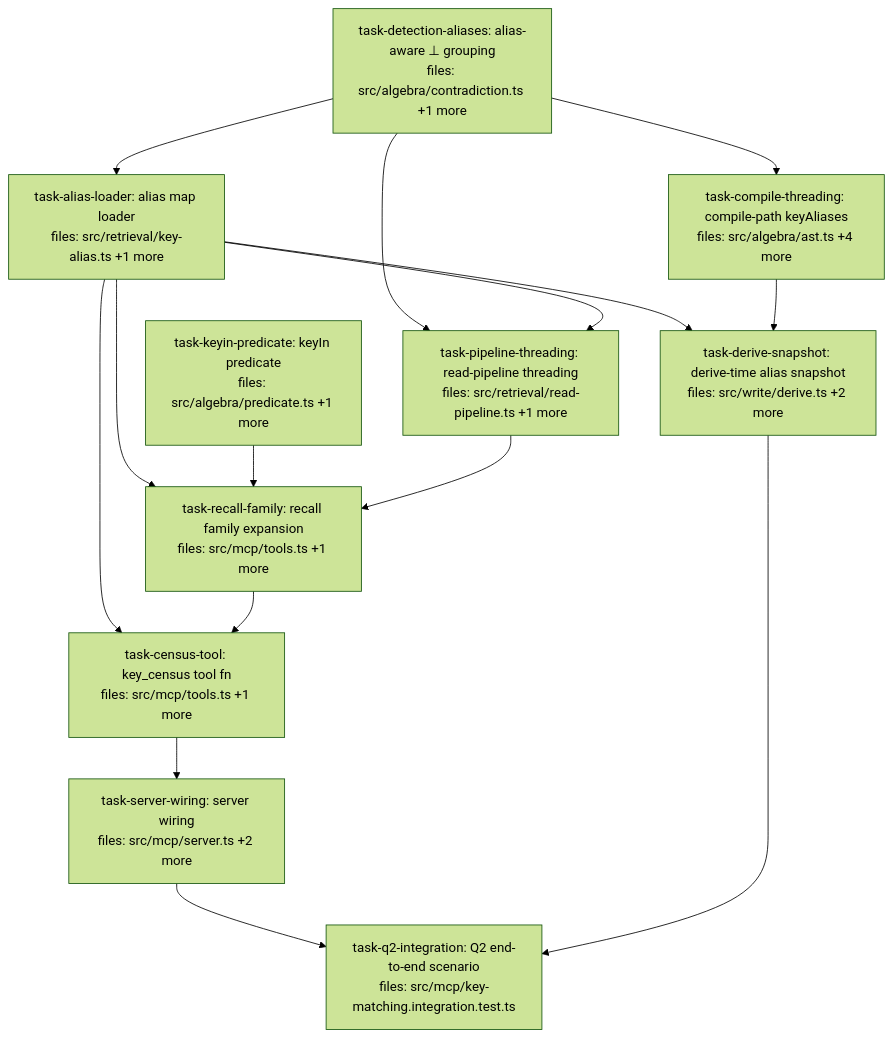
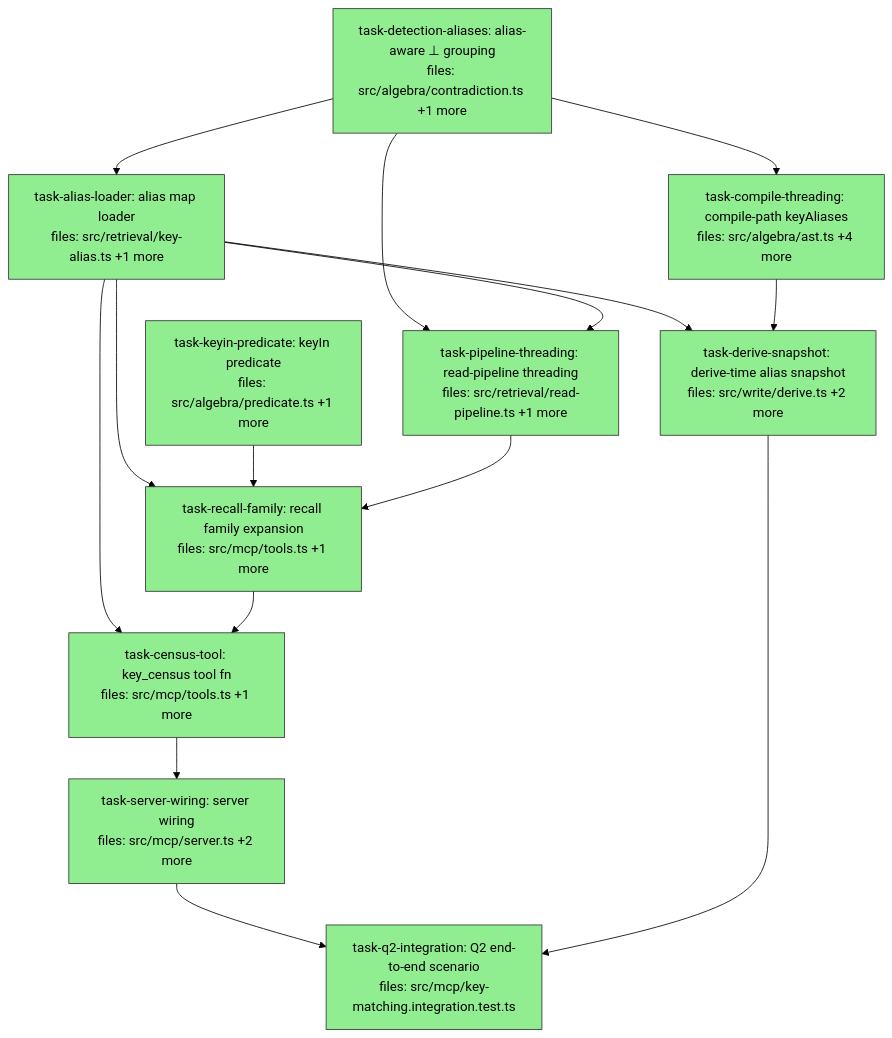
One commit to BrettNye/Mneme changed the diagram in docs/superpowers/plans/2026-06-06-key-matching-dag.md. Above: the diagram before and after it, drawn with Mermaid (forest theme). The commit also changed other lines of this file, not shown here.

Commit message:
docs(plan): key-matching DAG complete (10/10)

````diff
--- a/docs/superpowers/plans/2026-06-06-key-matching-dag.md
+++ b/docs/superpowers/plans/2026-06-06-key-matching-dag.md
@@ -6,34 +6,34 @@
 ```mermaid
 flowchart TD
-    task-keyin-predicate["task-keyin-predicate: keyIn predicate<br/>files: src/algebra/predicate.ts +1 more"]
-    task-detection-aliases["task-detection-aliases: alias-aware ⊥ grouping<br/>files: src/algebra/contradiction.ts +1 more"]
-    task-alias-loader["task-alias-loader: alias map loader<br/>files: src/retrieval/key-alias.ts +1 more"]
-    task-pipeline-threading["task-pipeline-threading: read-pipeline threading<br/>files: src/retrieval/read-pipeline.ts +1 more"]
-    task-compile-threading["task-compile-threading: compile-path keyAliases<br/>files: src/algebra/ast.ts +4 more"]
-    task-derive-snapshot["task-derive-snapshot: derive-time alias snapshot<br/>files: src/write/derive.ts +2 more"]
-    task-recall-family["task-recall-family: recall family expansion<br/>files: src/mcp/tools.ts +1 more"]
-    task-census-tool["task-census-tool: key_census tool fn<br/>files: src/mcp/tools.ts +1 more"]
-    task-server-wiring["task-server-wiring: server wiring<br/>files: src/mcp/server.ts +2 more"]
-    task-q2-integration["task-q2-integration: Q2 end-to-end scenario<br/>files: src/mcp/key-matching.integration.test.ts"]
+    task-keyin-predicate["task-keyin-predicate: keyIn predicate<br/>files: src/algebra/predicate.ts +1 more"]:::done
+    task-detection-aliases["task-detection-aliases: alias-aware ⊥ grouping<br/>files: src/algebra/contradiction.ts +1 more"]:::done
+    task-alias-loader["task-alias-loader: alias map loader<br/>files: src/retrieval/key-alias.ts +1 more"]:::done
+    task-pipeline-threading["task-pipeline-threading: read-pipeline threading<br/>files: src/retrieval/read-pipeline.ts +1 more"]:::done
+    task-compile-threading["task-compile-threading: compile-path keyAliases<br/>files: src/algebra/ast.ts +4 more"]:::done
+    task-derive-snapshot["task-derive-snapshot: derive-time alias snapshot<br/>files: src/write/derive.ts +2 more"]:::done
+    task-recall-family["task-recall-family: recall family expansion<br/>files: src/mcp/tools.ts +1 more"]:::done
+    task-census-tool["task-census-tool: key_census tool fn<br/>files: src/mcp/tools.ts +1 more"]:::done
+    task-server-wiring["task-server-wiring: server wiring<br/>files: src/mcp/server.ts +2 more"]:::done
+    task-q2-integration["task-q2-integration: Q2 end-to-end scenario<br/>files: src/mcp/key-matching.integration.test.ts"]:::done
 
     task-detection-aliases --> task-alias-loader
     task-detection-aliases --> task-pipeline-threading
     task-detection-aliases --> task-compile-threading
     task-alias-loader --> task-pipeline-threading
     task-alias-loader --> task-derive-snapshot
     task-alias-loader --> task-recall-family
     task-alias-loader --> task-census-tool
     task-compile-threading --> task-derive-snapshot
     task-keyin-predicate --> task-recall-family
     task-pipeline-threading --> task-recall-family
     task-recall-family --> task-census-tool
     task-census-tool --> task-server-wiring
     task-server-wiring --> task-q2-integration
     task-derive-snapshot --> task-q2-integration
 
     classDef done fill:#90ee90,stroke:#333
     classDef ready fill:#fffacd,stroke:#333
     classDef running fill:#87ceeb,stroke:#333
     classDef failed fill:#ffb6c1,stroke:#333
     classDef skipped fill:#d3d3d3,stroke:#333,stroke-dasharray: 5 5
 ```
````
